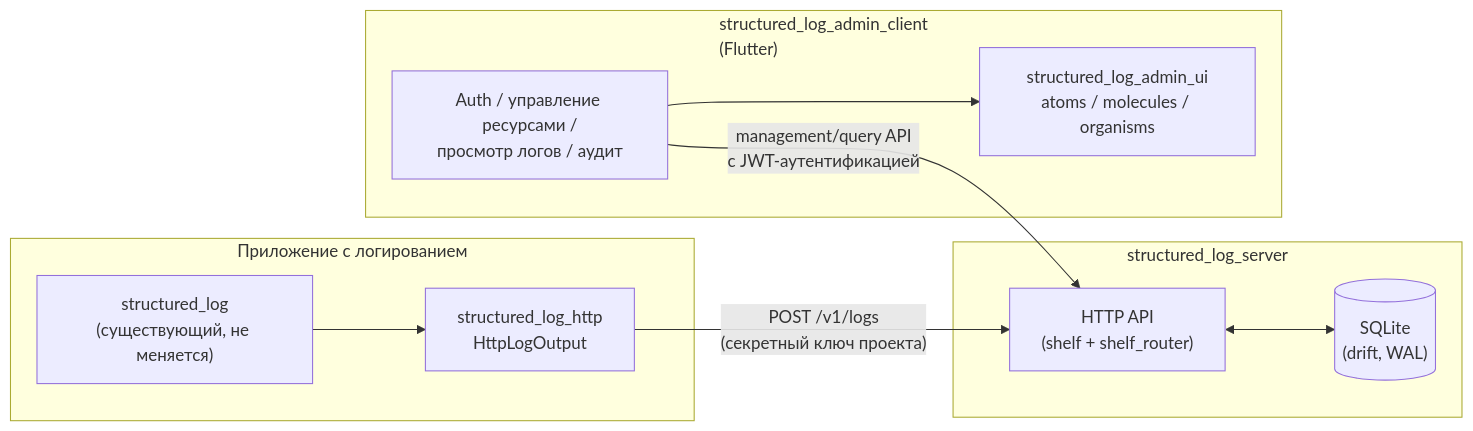
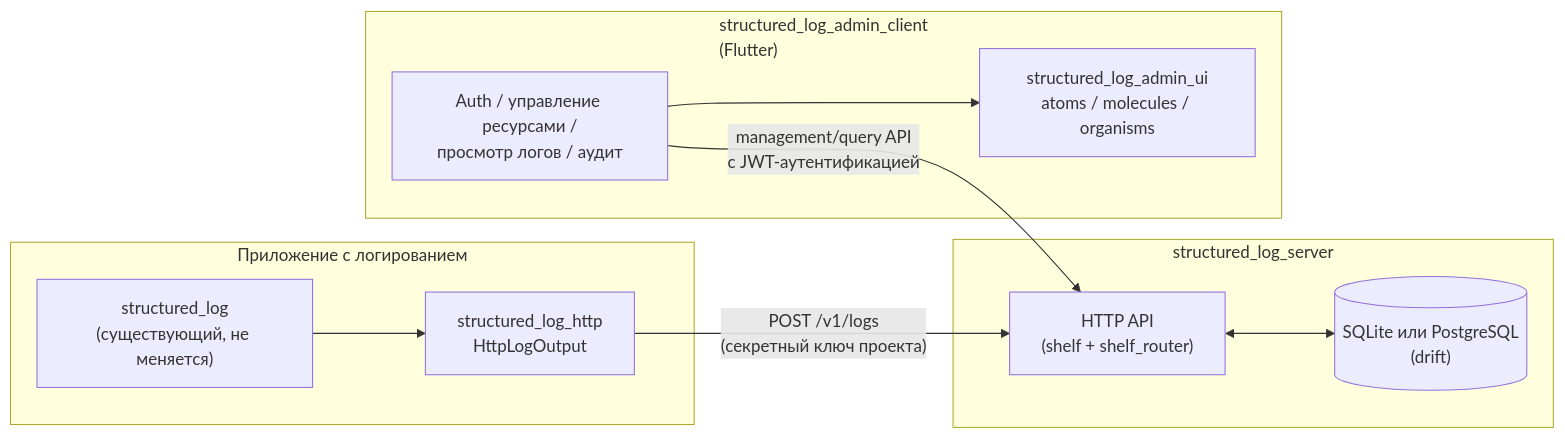
One commit to pese-git/structured_log changed the first of 3 diagrams in docs/architecture/README.ru.md. Above: the diagram before and after it, drawn with Mermaid. The commit also changed other lines of this file and 20 other files, not shown here.

````diff
--- a/docs/architecture/README.ru.md
+++ b/docs/architecture/README.ru.md
@@ -15,23 +15,23 @@
 ```mermaid
 flowchart LR
     subgraph App["Приложение с логированием"]
         SL["structured_log\n(существующий, не меняется)"]
         HTTP["structured_log_http\nHttpLogOutput"]
         SL --> HTTP
     end
 
     subgraph Server["structured_log_server"]
         API["HTTP API\n(shelf + shelf_router)"]
-        DB[("SQLite\n(drift, WAL)")]
+        DB[("SQLite или PostgreSQL\n(drift)")]
         API <--> DB
     end
 
     subgraph Admin["structured_log_admin_client\n(Flutter)"]
         UI["Auth / управление ресурсами /\nпросмотр логов / аудит"]
         KIT["structured_log_admin_ui\natoms / molecules / organisms"]
         UI --> KIT
     end
 
     HTTP -- "POST /v1/logs\n(секретный ключ проекта)" --> API
     UI -- "management/query API\nс JWT-аутентификацией" --> API
 ```
````
